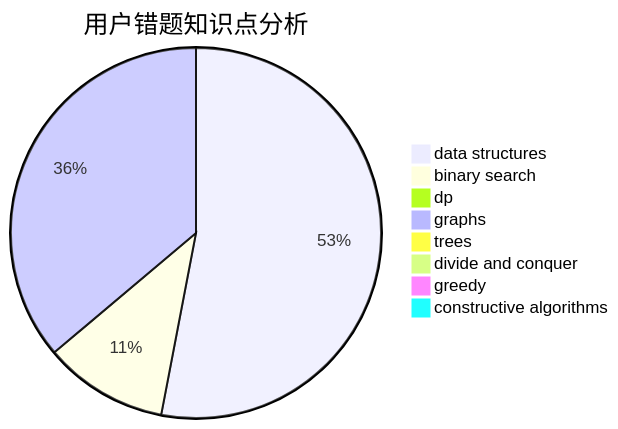
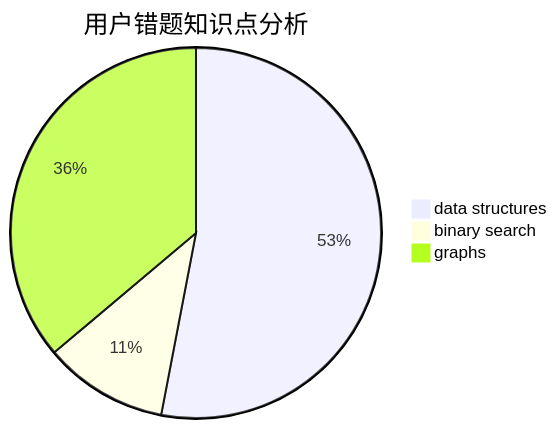
One commit to sherpahu/cfrs.github.io changed the third of 3 diagrams in docs/user/u2190.md. Above: the diagram before and after it, drawn with Mermaid. The commit also changed other lines of this file and 2770 other files, not shown here.

````diff
--- a/docs/user/u2190.md
+++ b/docs/user/u2190.md
@@ -31,11 +26,6 @@
 ```mermaid
 pie title 用户错题知识点分析
     "data structures" :  44
     "binary search" :  9
-    "dp" :  0
     "graphs" :  30
-    "trees" :  0
-    "divide and conquer" :  0
-    "greedy" :  0
-    "constructive algorithms" :  0
 ```
````
